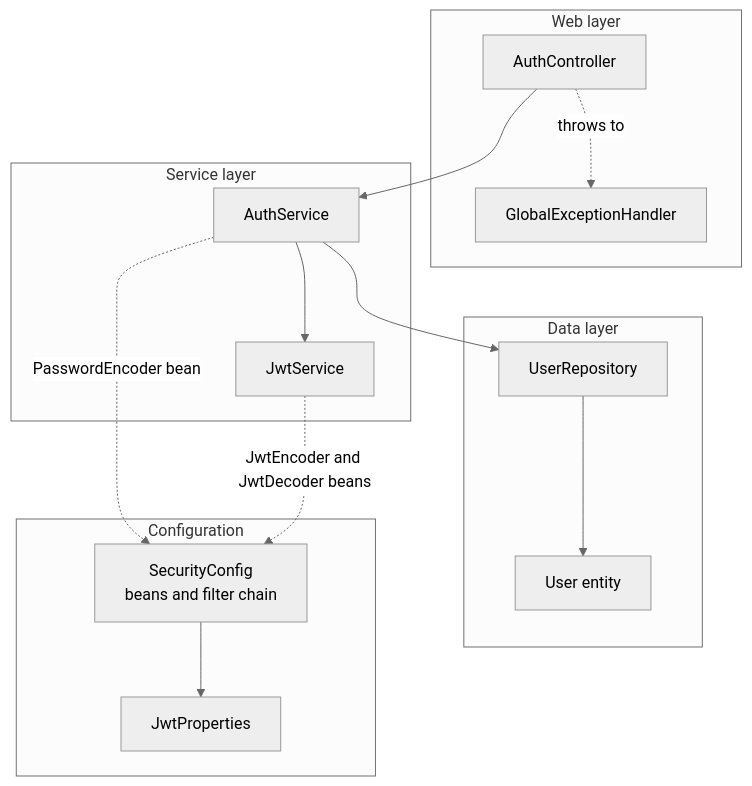
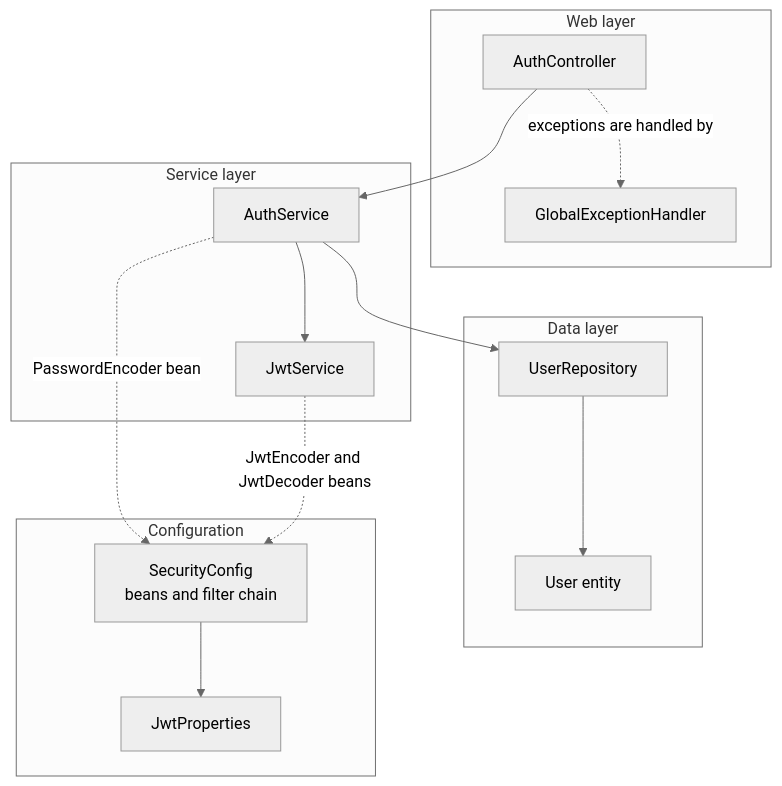
One commit to NikanEidi/ledgerlite changed the second of 5 diagrams in docs/01-auth.md. Above: the diagram before and after it, drawn with Mermaid (neutral theme). The commit also changed other lines of this file and 15 other files, not shown here.

````diff
--- a/docs/01-auth.md
+++ b/docs/01-auth.md
@@ -45,28 +45,28 @@
 ```mermaid
 flowchart TB
     subgraph web["Web layer"]
         AC["AuthController"]
         GEH["GlobalExceptionHandler"]
     end
     subgraph service["Service layer"]
         AS["AuthService"]
         JS["JwtService"]
     end
     subgraph data["Data layer"]
         UR["UserRepository"]
         U["User entity"]
     end
     subgraph config["Configuration"]
         SC["SecurityConfig<br/>beans and filter chain"]
         JP["JwtProperties"]
     end
 
     AC --> AS
     AS --> UR
     AS --> JS
     AS -. "PasswordEncoder bean" .-> SC
     JS -. "JwtEncoder and JwtDecoder beans" .-> SC
     SC --> JP
     UR --> U
-    AC -. "throws to" .-> GEH
+    AC -. "exceptions are handled by" .-> GEH
 ```
````
